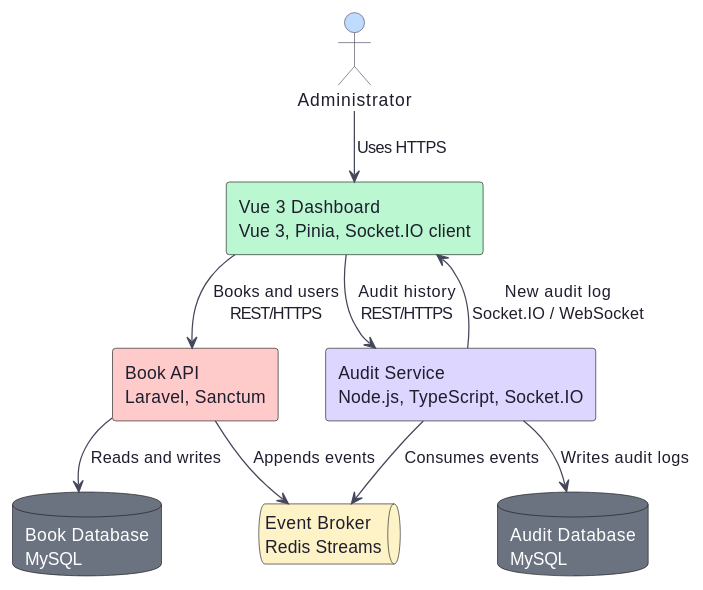
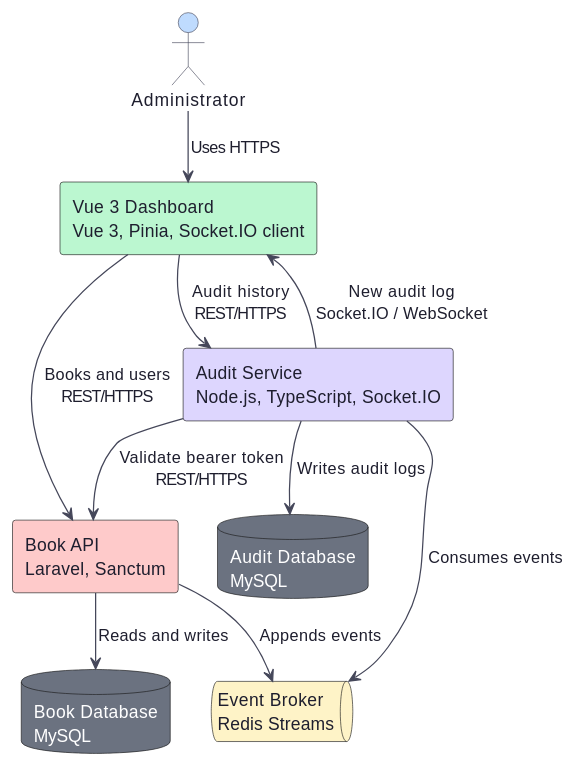
One commit to gdpe-franco/book-management-system changed the first of 4 diagrams in ARCHITECTURE.md. Above: the diagram before and after it, drawn with PlantUML. The commit also changed other lines of this file and 1 other file, not shown here.

Commit message:
docs: refine audit service architecture

````diff
--- a/ARCHITECTURE.md
+++ b/ARCHITECTURE.md
@@ -5,31 +5,32 @@
 ```plantuml
 @startuml SystemContext
 !pragma layout smetana
 skinparam backgroundColor #FFFFFF
 skinparam shadowing false
 skinparam defaultFontColor #1E1E2E
 skinparam ArrowColor #45475A
 skinparam actorBackgroundColor #BFDBFE
 skinparam actorBorderColor #45475A
 skinparam actorFontColor #1E1E2E
 skinparam rectangleFontColor #1E1E2E
 skinparam databaseFontColor #FFFFFF
 skinparam queueFontColor #1E1E2E
 actor Administrator as admin
 rectangle "Vue 3 Dashboard\nVue 3, Pinia, Socket.IO client" as spa #BBF7D0
 rectangle "Book API\nLaravel, Sanctum" as api #FECACA
 rectangle "Audit Service\nNode.js, TypeScript, Socket.IO" as audit #DDD6FE
 database "Book Database\nMySQL" as mysql #6B7280
 database "Audit Database\nMySQL" as audit_mysql #6B7280
 queue "Event Broker\nRedis Streams" as redis #FEF3C7
 
 admin --> spa : Uses HTTPS
 spa --> api : Books and users\nREST/HTTPS
 spa --> audit : Audit history\nREST/HTTPS
 audit --> spa : New audit log\nSocket.IO / WebSocket
+audit --> api : Validate bearer token\nREST/HTTPS
 api --> mysql : Reads and writes
 api --> redis : Appends events
 audit --> redis : Consumes events
 audit --> audit_mysql : Writes audit logs
 @enduml
 ```
````
